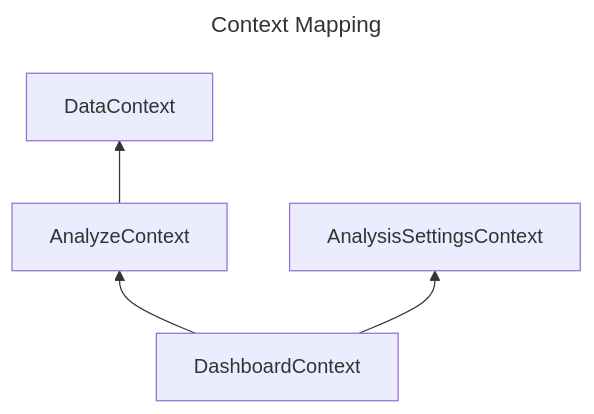
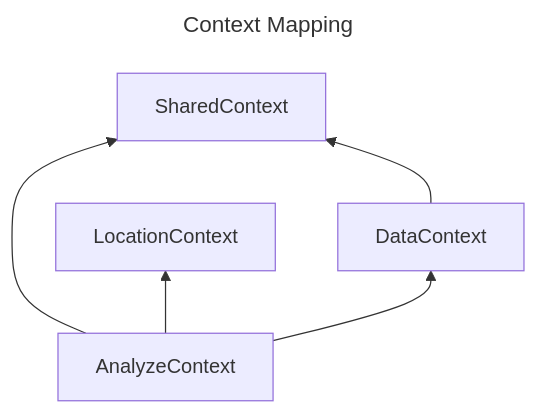
The fifth of 5 diagrams in doc/architecture.md (yhutter-dv/fhgr-tweather), drawn with Mermaid before and after one commit. The commit also changed other lines of this file, not shown here.

Commit message:
Update Architecture.

````diff
--- a/doc/architecture.md
+++ b/doc/architecture.md
@@ -253,9 +168,10 @@
 ```mermaid
 ---
 title: Context Mapping
 ---
 flowchart BT
     AnalyzeContext --> DataContext
-    DashboardContext --> AnalyzeContext
-    DashboardContext --> AnalysisSettingsContext
+    AnalyzeContext --> LocationContext
+    AnalyzeContext --> SharedContext
+    DataContext --> SharedContext
 ```
````
